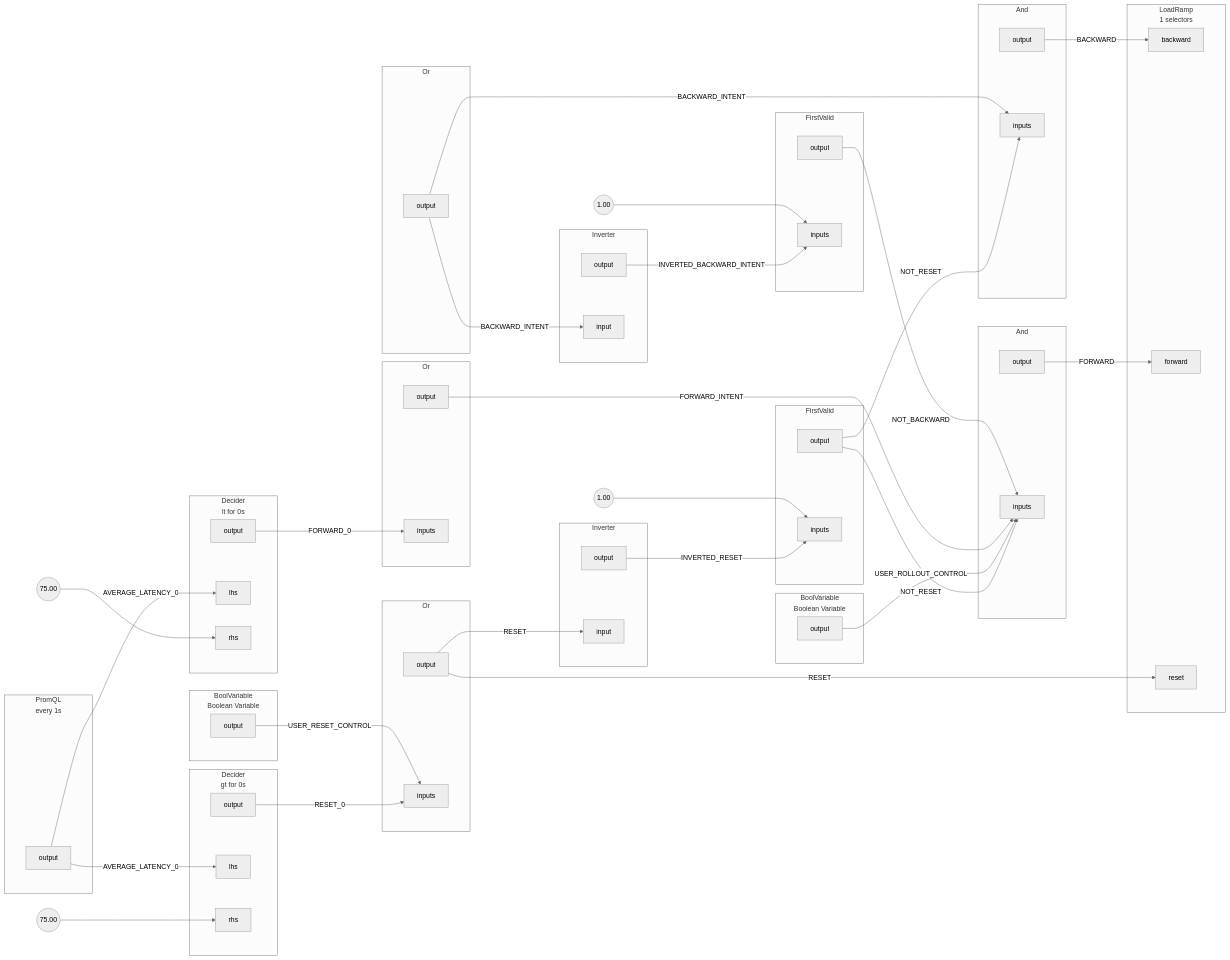
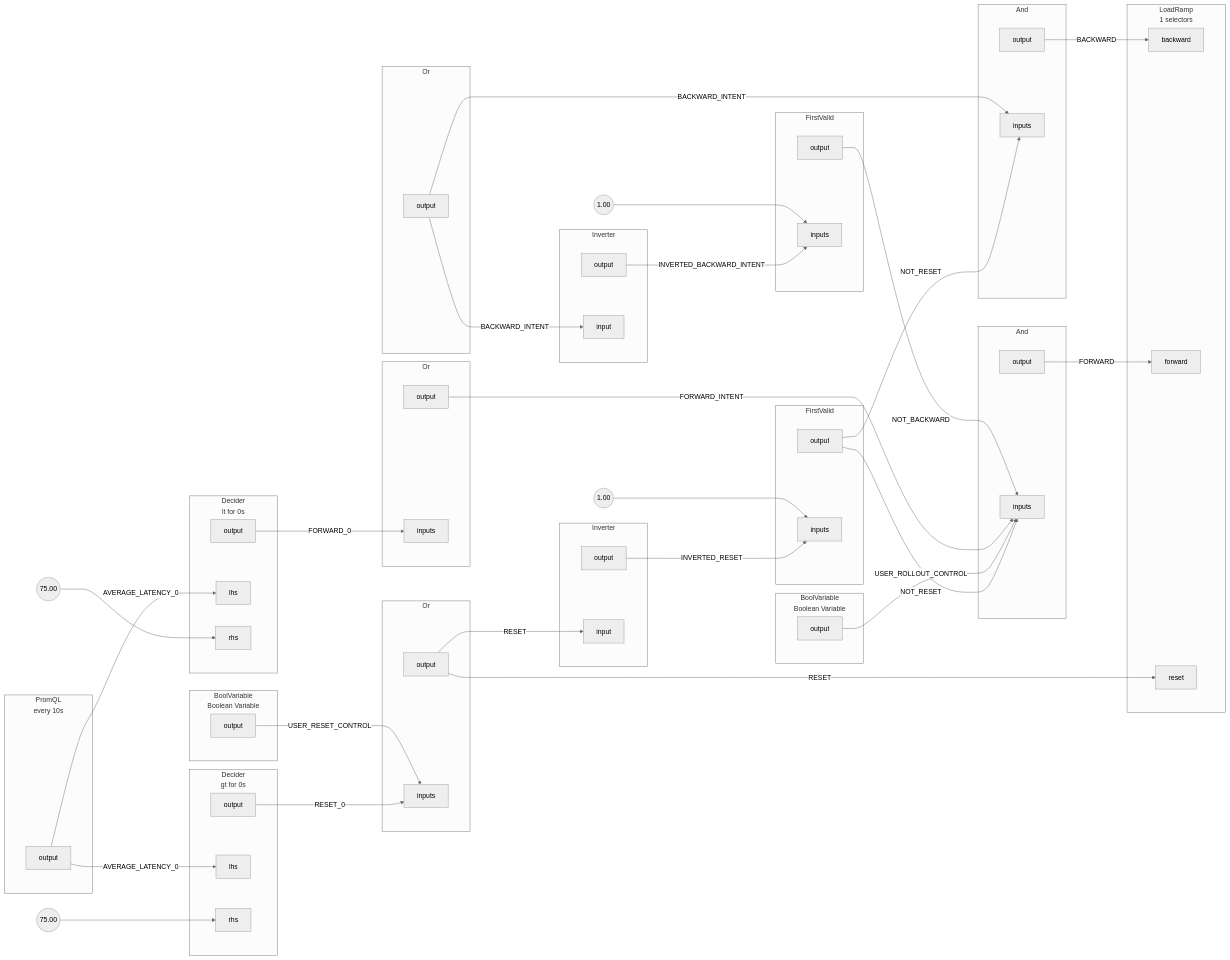
The diagram in docs/content/use-cases/load-ramping/assets/average-latency-feedback/graph.mmd (dataongunlaws/aperture), drawn with Mermaid (neutral theme) before and after one commit. The commit also changed 72 other files, not shown here.

```diff
--- a/docs/content/use-cases/load-ramping/assets/average-latency-feedback/graph.mmd
+++ b/docs/content/use-cases/load-ramping/assets/average-latency-feedback/graph.mmd
@@ -1,168 +1,168 @@
 flowchart LR
-subgraph root.0[<center>PromQL<br/>every 1s</center>]
+subgraph root.0[<center>PromQL<br/>every 10s</center>]
 subgraph root.0_outports[ ]
 style root.0_outports fill:none,stroke:none
 root.0output[output]
 end
 end
 subgraph root.1[<center>Decider<br/>lt for 0s</center>]
 subgraph root.1_inports[ ]
 style root.1_inports fill:none,stroke:none
 root.1lhs[lhs]
 root.1rhs[rhs]
 end
 subgraph root.1_outports[ ]
 style root.1_outports fill:none,stroke:none
 root.1output[output]
 end
 end
 subgraph root.10[Inverter]
 subgraph root.10_inports[ ]
 style root.10_inports fill:none,stroke:none
 root.10input[input]
 end
 subgraph root.10_outports[ ]
 style root.10_outports fill:none,stroke:none
 root.10output[output]
 end
 end
 subgraph root.11[FirstValid]
 subgraph root.11_inports[ ]
 style root.11_inports fill:none,stroke:none
 root.11inputs[inputs]
 root.11inputs[inputs]
 end
 subgraph root.11_outports[ ]
 style root.11_outports fill:none,stroke:none
 root.11output[output]
 end
 end
 root.11_inputs_FakeConstantout((1.00))
 subgraph root.12[And]
 subgraph root.12_inports[ ]
 style root.12_inports fill:none,stroke:none
 root.12inputs[inputs]
 root.12inputs[inputs]
 root.12inputs[inputs]
 root.12inputs[inputs]
 end
 subgraph root.12_outports[ ]
 style root.12_outports fill:none,stroke:none
 root.12output[output]
 end
 end
 subgraph root.13[And]
 subgraph root.13_inports[ ]
 style root.13_inports fill:none,stroke:none
 root.13inputs[inputs]
 root.13inputs[inputs]
 end
 subgraph root.13_outports[ ]
 style root.13_outports fill:none,stroke:none
 root.13output[output]
 end
 end
 subgraph root.14[<center>LoadRamp<br/>1 selectors</center>]
 subgraph root.14_inports[ ]
 style root.14_inports fill:none,stroke:none
 root.14backward[backward]
 root.14forward[forward]
 root.14reset[reset]
 end
 end
 root.1_rhs_FakeConstantout((75.00))
 subgraph root.2[<center>Decider<br/>gt for 0s</center>]
 subgraph root.2_inports[ ]
 style root.2_inports fill:none,stroke:none
 root.2lhs[lhs]
 root.2rhs[rhs]
 end
 subgraph root.2_outports[ ]
 style root.2_outports fill:none,stroke:none
 root.2output[output]
 end
 end
 root.2_rhs_FakeConstantout((75.00))
 subgraph root.3[<center>BoolVariable<br/>Boolean Variable</center>]
 subgraph root.3_outports[ ]
 style root.3_outports fill:none,stroke:none
 root.3output[output]
 end
 end
 subgraph root.4[<center>BoolVariable<br/>Boolean Variable</center>]
 subgraph root.4_outports[ ]
 style root.4_outports fill:none,stroke:none
 root.4output[output]
 end
 end
 subgraph root.5[Or]
 subgraph root.5_outports[ ]
 style root.5_outports fill:none,stroke:none
 root.5output[output]
 end
 end
 subgraph root.6[Or]
 subgraph root.6_inports[ ]
 style root.6_inports fill:none,stroke:none
 root.6inputs[inputs]
 root.6inputs[inputs]
 end
 subgraph root.6_outports[ ]
 style root.6_outports fill:none,stroke:none
 root.6output[output]
 end
 end
 subgraph root.7[Or]
 subgraph root.7_inports[ ]
 style root.7_inports fill:none,stroke:none
 root.7inputs[inputs]
 end
 subgraph root.7_outports[ ]
 style root.7_outports fill:none,stroke:none
 root.7output[output]
 end
 end
 subgraph root.8[Inverter]
 subgraph root.8_inports[ ]
 style root.8_inports fill:none,stroke:none
 root.8input[input]
 end
 subgraph root.8_outports[ ]
 style root.8_outports fill:none,stroke:none
 root.8output[output]
 end
 end
 subgraph root.9[FirstValid]
 subgraph root.9_inports[ ]
 style root.9_inports fill:none,stroke:none
 root.9inputs[inputs]
 root.9inputs[inputs]
 end
 subgraph root.9_outports[ ]
 style root.9_outports fill:none,stroke:none
 root.9output[output]
 end
 end
 root.9_inputs_FakeConstantout((1.00))
 root.0output --> |AVERAGE_LATENCY_0| root.1lhs
 root.0output --> |AVERAGE_LATENCY_0| root.2lhs
 root.10output --> |INVERTED_RESET| root.11inputs
 root.11_inputs_FakeConstantout --> root.11inputs
 root.11output --> |NOT_RESET| root.12inputs
 root.11output --> |NOT_RESET| root.13inputs
 root.12output --> |FORWARD| root.14forward
 root.13output --> |BACKWARD| root.14backward
 root.1output --> |FORWARD_0| root.7inputs
 root.1_rhs_FakeConstantout --> root.1rhs
 root.2output --> |RESET_0| root.6inputs
 root.2_rhs_FakeConstantout --> root.2rhs
 root.3output --> |USER_ROLLOUT_CONTROL| root.12inputs
 root.4output --> |USER_RESET_CONTROL| root.6inputs
 root.5output --> |BACKWARD_INTENT| root.13inputs
 root.5output --> |BACKWARD_INTENT| root.8input
 root.6output --> |RESET| root.10input
 root.6output --> |RESET| root.14reset
 root.7output --> |FORWARD_INTENT| root.12inputs
 root.8output --> |INVERTED_BACKWARD_INTENT| root.9inputs
 root.9_inputs_FakeConstantout --> root.9inputs
 root.9output --> |NOT_BACKWARD| root.12inputs
```
